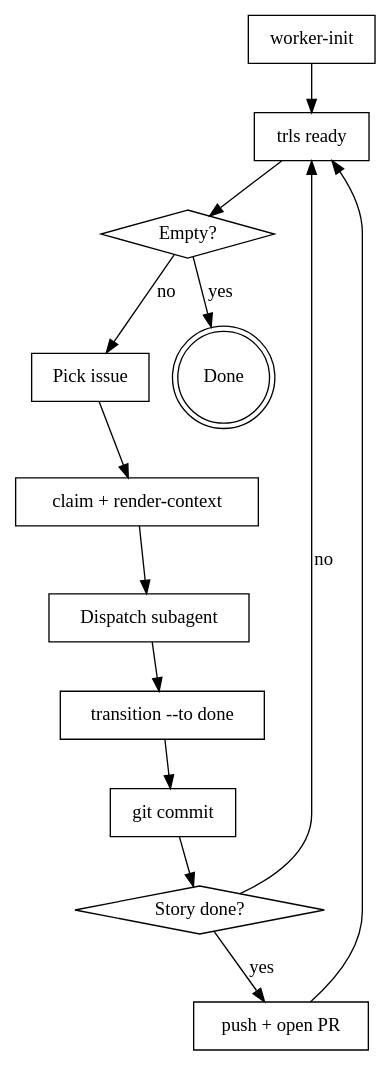
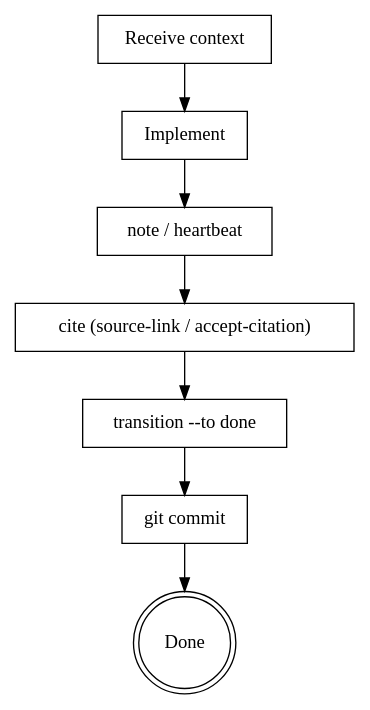
The diagram in skills/trls-worker/SKILL.md (scullxbones/armature), drawn with Graphviz before and after one commit. The commit also changed other lines of this file, not shown here.

Commit message:
refactor(E6-SKIL1-T4): trim trls-worker skill to worker-only concerns

````diff
--- a/skills/trls-worker/SKILL.md
+++ b/skills/trls-worker/SKILL.md
@@ -19,28 +34,18 @@
 ```dot
-digraph worker_loop {
-    "worker-init" [shape=box];
-    "trls ready" [shape=box];
-    "Empty?" [shape=diamond];
-    "Story done?" [shape=diamond];
-    "Pick issue" [shape=box];
-    "claim + render-context" [shape=box];
-    "Dispatch subagent" [shape=box];
+digraph worker_flow {
+    "Receive context" [shape=box];
+    "Implement" [shape=box];
+    "note / heartbeat" [shape=box];
+    "cite (source-link / accept-citation)" [shape=box];
+    "transition --to done" [shape=box];
     "git commit" [shape=box];
-    "transition --to done" [shape=box];
-    "push + open PR" [shape=box];
     "Done" [shape=doublecircle];
 
-    "worker-init" -> "trls ready";
-    "trls ready" -> "Empty?" ;
-    "Empty?" -> "Done" [label="yes"];
-    "Empty?" -> "Pick issue" [label="no"];
-    "Pick issue" -> "claim + render-context";
-    "claim + render-context" -> "Dispatch subagent";
-    "Dispatch subagent" -> "transition --to done";
+    "Receive context" -> "Implement";
+    "Implement" -> "note / heartbeat";
+    "note / heartbeat" -> "cite (source-link / accept-citation)";
+    "cite (source-link / accept-citation)" -> "transition --to done";
     "transition --to done" -> "git commit";
-    "git commit" -> "Story done?";
-    "Story done?" -> "push + open PR" [label="yes"];
-    "Story done?" -> "trls ready" [label="no"];
-    "push + open PR" -> "trls ready";
+    "git commit" -> "Done";
 }
 ```
````
